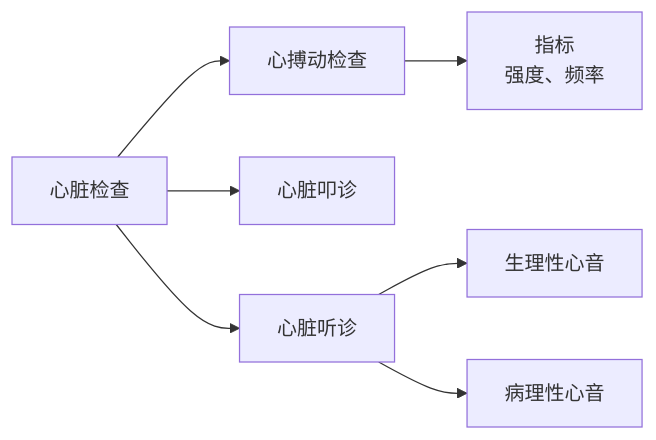
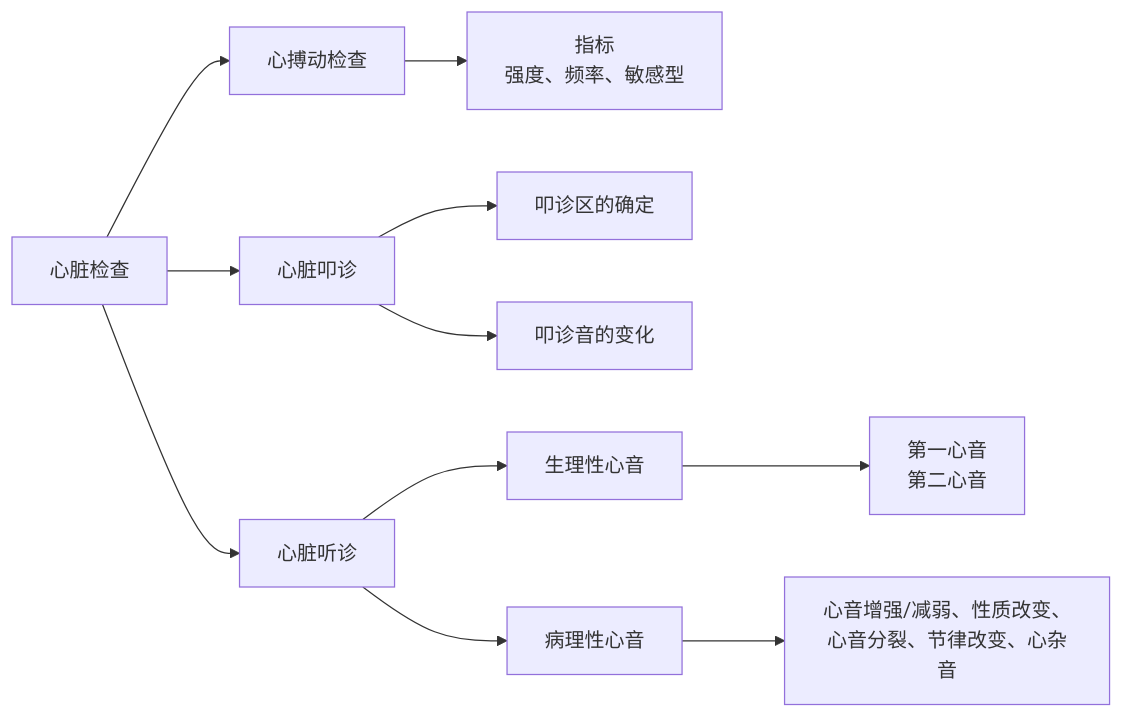
Before and after one commit to Raymon-Lyu/Veterinary-Medicine: the diagram in 兽医诊断学/心脏检查.md, drawn with Mermaid. The commit also changed other lines of this file and 1 other file, not shown here.

````diff
--- a/兽医诊断学/心脏检查.md
+++ b/兽医诊断学/心脏检查.md
@@ -20,9 +20,13 @@
 ```mermaid
 flowchart LR
 A[心脏检查] --> B[心搏动检查]
-B --> G[指标<br>强度、频率]
+B --> G[指标<br>强度、频率、敏感型]
 A --> C[心脏叩诊]
+C --> H[叩诊区的确定]
+C --> I[叩诊音的变化]
 A --> D[心脏听诊]
 D --> E[生理性心音]
+E --> K[第一心音<br>第二心音]
 D --> F[病理性心音]
+F --> J[心音增强/减弱、性质改变、心音分裂、节律改变、心杂音]
 ```
````
